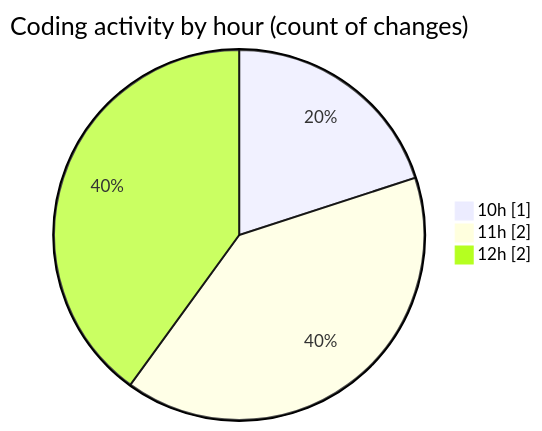
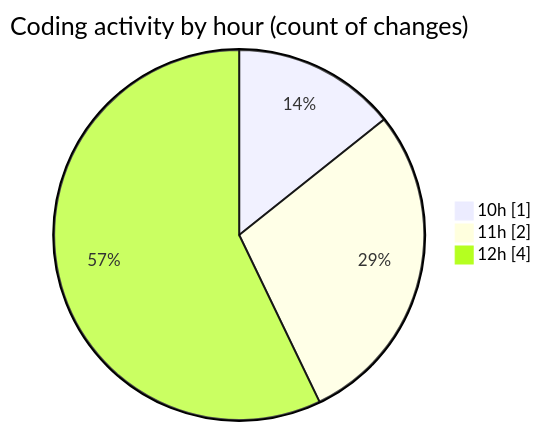
The second of 2 diagrams in 2026-09-17/cilwebcustomercomunicationfront/README.md (ricardozamudiocil/code-tracking), drawn with Mermaid before and after one commit. The commit also changed other lines of this file and 1 other file, not shown here.

````diff
--- a/2026-09-17/cilwebcustomercomunicationfront/README.md
+++ b/2026-09-17/cilwebcustomercomunicationfront/README.md
@@ -29,7 +29,7 @@
 ```mermaid
 pie showData
 title Coding activity by hour (count of changes)
 "10h" : 1
 "11h" : 2
-"12h" : 2
+"12h" : 4
 ```
````
